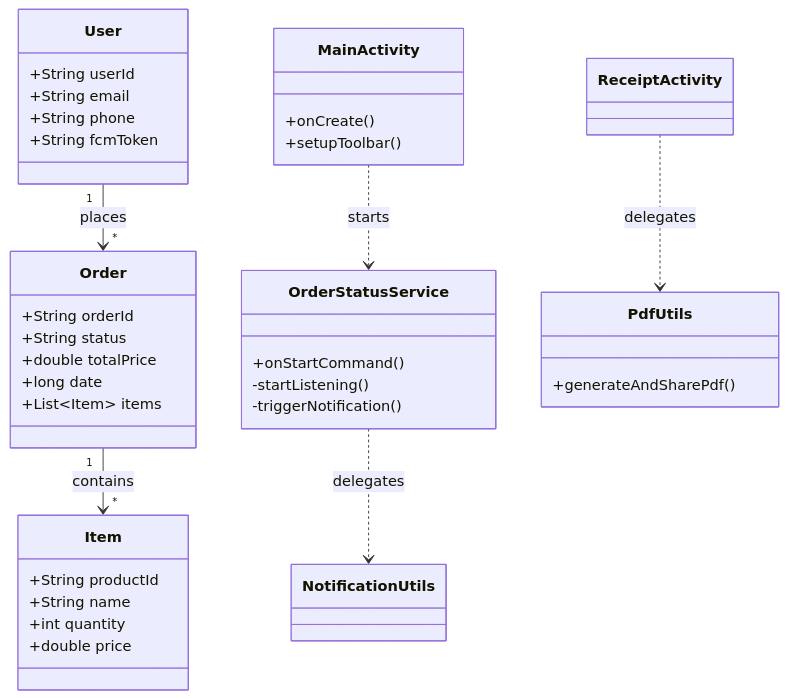
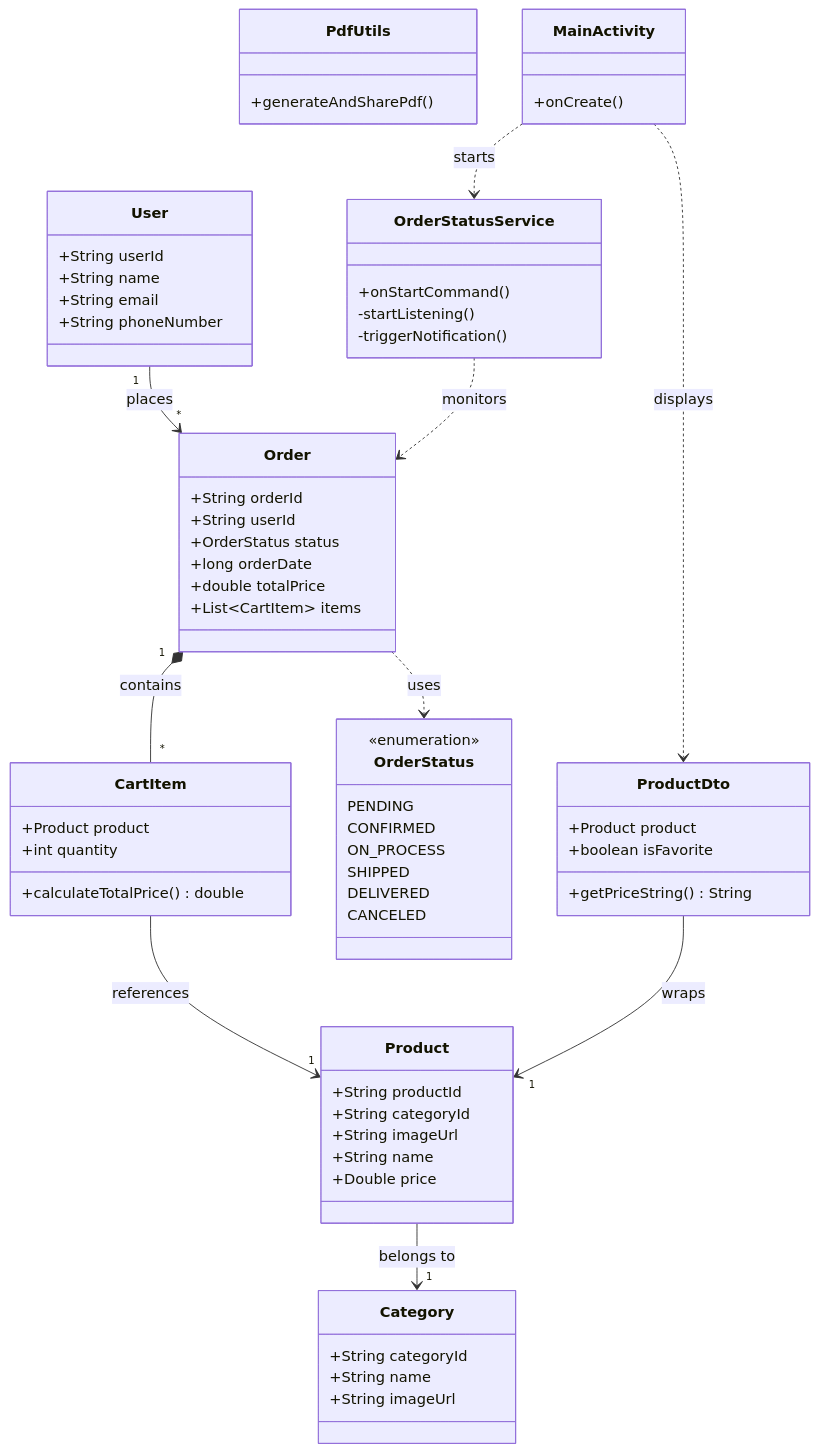
One commit to abdelaliichou/Estore-ISTIC changed the first of 6 diagrams in README.md. Above: the diagram before and after it, drawn with Mermaid. The commit also changed other lines of this file, not shown here.

Commit message:
fixing db diagramme

````diff
--- a/README.md
+++ b/README.md
@@ -31,45 +36,96 @@
 ```mermaid
 classDiagram
+    %% --- DATA MODELS ---
+
     class User {
         +String userId
+        +String name
         +String email
-        +String phone
-        +String fcmToken
+        +String phoneNumber
+    }
+
+    class Product {
+        +String productId
+        +String categoryId
+        +String imageUrl
+        +String name
+        +Double price
+    }
+
+    class Category {
+        +String categoryId
+        +String name
+        +String imageUrl
+    }
+
+    class CartItem {
+        +Product product
+        +int quantity
+        +calculateTotalPrice() double
     }
 
     class Order {
         +String orderId
-        +String status
+        +String userId
+        +OrderStatus status
+        +long orderDate
         +double totalPrice
-        +long date
-        +List~Item~ items
+        +List~CartItem~ items
     }
 
-    class Item {
-        +String productId
-        +String name
-        +int quantity
-        +double price
+    class OrderStatus {
+        <<enumeration>>
+        PENDING
+        CONFIRMED
+        ON_PROCESS
+        SHIPPED
+        DELIVERED
+        CANCELED
     }
 
+    class ProductDto {
+        +Product product
+        +boolean isFavorite
+        +getPriceString() String
+    }
+
+    %% --- ARCHITECTURAL CLASSES (Context) ---
     class OrderStatusService {
         +onStartCommand()
         -startListening()
         -triggerNotification()
     }
 
-    class MainActivity {
-        +onCreate()
-        +setupToolbar()
-    }
-
     class PdfUtils {
         +generateAndSharePdf()
     }
 
+    class MainActivity {
+        +onCreate()
+    }
+
+    %% --- RELATIONSHIPS ---
+
+    %% User places Orders (1 to Many)
     User "1" --> "*" Order : places
-    Order "1" --> "*" Item : contains
+
+    %% Order is composed of CartItems (1 to Many)
+    Order "1" *-- "*" CartItem : contains
+
+    %% Order uses the Status Enum
+    Order ..> OrderStatus : uses
+
+    %% CartItem refers to a specific Product
+    CartItem --> "1" Product : references
+
+    %% Product belongs to a Category (via categoryId)
+    Product --> "1" Category : belongs to
+
+    %% ProductDto wraps a Product (for UI)
+    ProductDto --> "1" Product : wraps
+
+    %% Architectural dependencies
     MainActivity ..> OrderStatusService : starts
-    OrderStatusService ..> NotificationUtils : delegates
-    ReceiptActivity ..> PdfUtils : delegates
+    OrderStatusService ..> Order : monitors
+    MainActivity ..> ProductDto : displays
 ```
````
